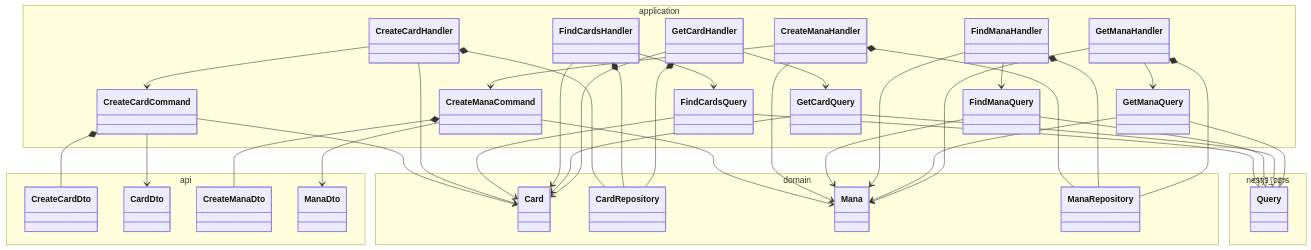
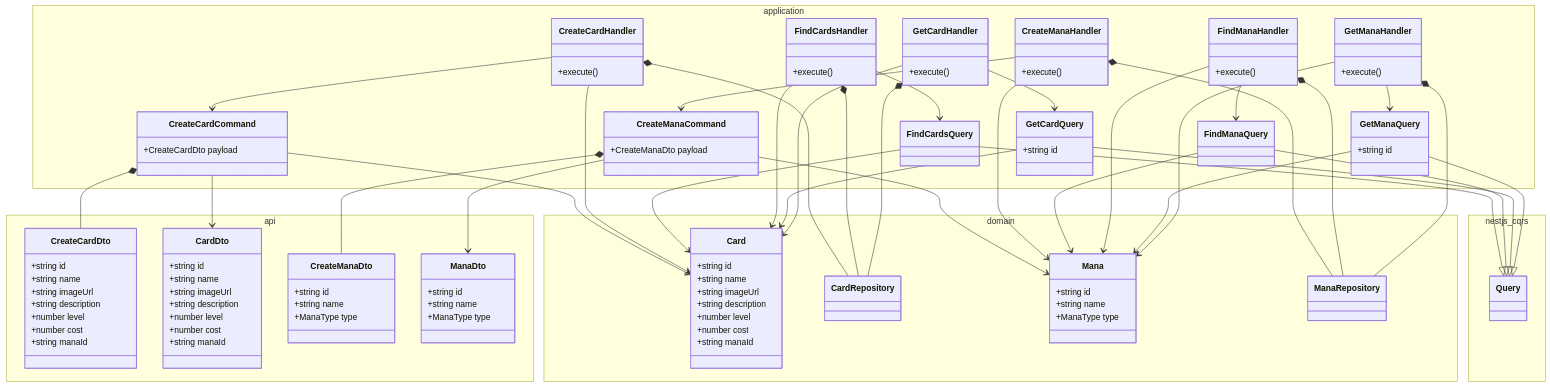
Before and after one commit to pslotinsky/decay-of-magic: the second of 5 diagrams in services/codex-service/README.md, drawn with Mermaid. The commit also changed other lines of this file and 16 other files, not shown here.

Commit message:
DOD-0004: Add class members to Poe class diagram

````diff
--- a/services/codex-service/README.md
+++ b/services/codex-service/README.md
@@ -83,29 +139,85 @@
 ```mermaid
 classDiagram
   namespace application {
-    class CreateCardCommand
-    class CreateCardHandler
-    class CreateManaCommand
-    class CreateManaHandler
+    class CreateCardCommand {
+      +CreateCardDto payload
+    }
+    class CreateCardHandler {
+      +execute()
+    }
+    class CreateManaCommand {
+      +CreateManaDto payload
+    }
+    class CreateManaHandler {
+      +execute()
+    }
     class FindCardsQuery
-    class FindCardsHandler
+    class FindCardsHandler {
+      +execute()
+    }
     class FindManaQuery
-    class FindManaHandler
-    class GetCardQuery
-    class GetCardHandler
-    class GetManaQuery
-    class GetManaHandler
+    class FindManaHandler {
+      +execute()
+    }
+    class GetCardQuery {
+      +string id
+    }
+    class GetCardHandler {
+      +execute()
+    }
+    class GetManaQuery {
+      +string id
+    }
+    class GetManaHandler {
+      +execute()
+    }
   }
   namespace api {
-    class CreateCardDto
-    class CardDto
-    class CreateManaDto
-    class ManaDto
+    class CreateCardDto {
+      +string id
+      +string name
+      +string imageUrl
+      +string description
+      +number level
+      +number cost
+      +string manaId
+    }
+    class CardDto {
+      +string id
+      +string name
+      +string imageUrl
+      +string description
+      +number level
+      +number cost
+      +string manaId
+    }
+    class CreateManaDto {
+      +string id
+      +string name
+      +ManaType type
+    }
+    class ManaDto {
+      +string id
+      +string name
+      +ManaType type
+    }
   }
   namespace domain {
-    class Card
+    class Card {
+      +string id
+      +string name
+      +string imageUrl
+      +string description
+      +number level
+      +number cost
+      +string manaId
+    }
     class CardRepository
-    class Mana
+    class Mana {
+      +string id
+      +string name
+      +ManaType type
+    }
     class ManaRepository
   }
   namespace nestjs_cqrs {
````
